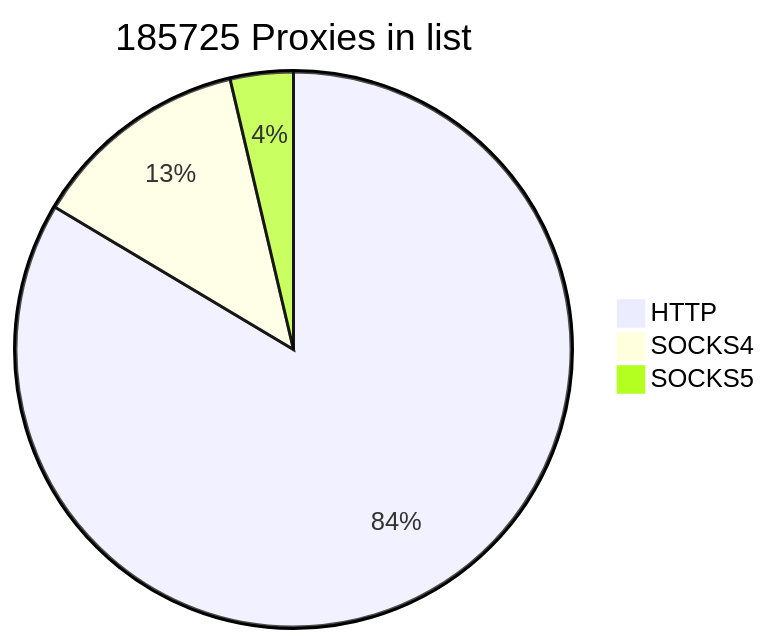
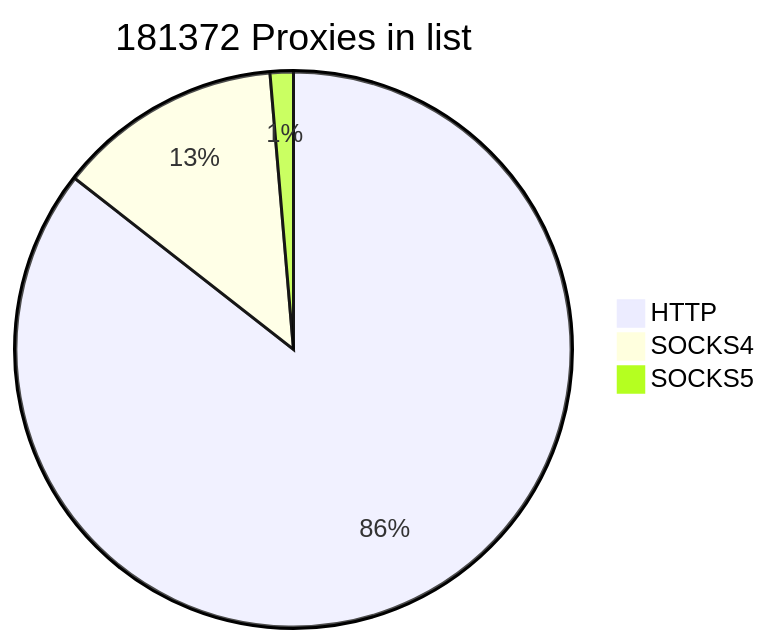
Before and after one commit to cutipu/proxylist: the first of 2 diagrams in README.md, drawn with Mermaid. The commit also changed other lines of this file, not shown here.

````diff
--- a/README.md
+++ b/README.md
@@ -2,7 +2,7 @@
 ```mermaid
-pie title 185725 Proxies in list
-    "HTTP" : 155199
-    "SOCKS4" : 23717
-    "SOCKS5" : 6809
+pie title 181372 Proxies in list
+    "HTTP" : 155200
+    "SOCKS4" : 23718
+    "SOCKS5" : 2454
             
 ```
````
